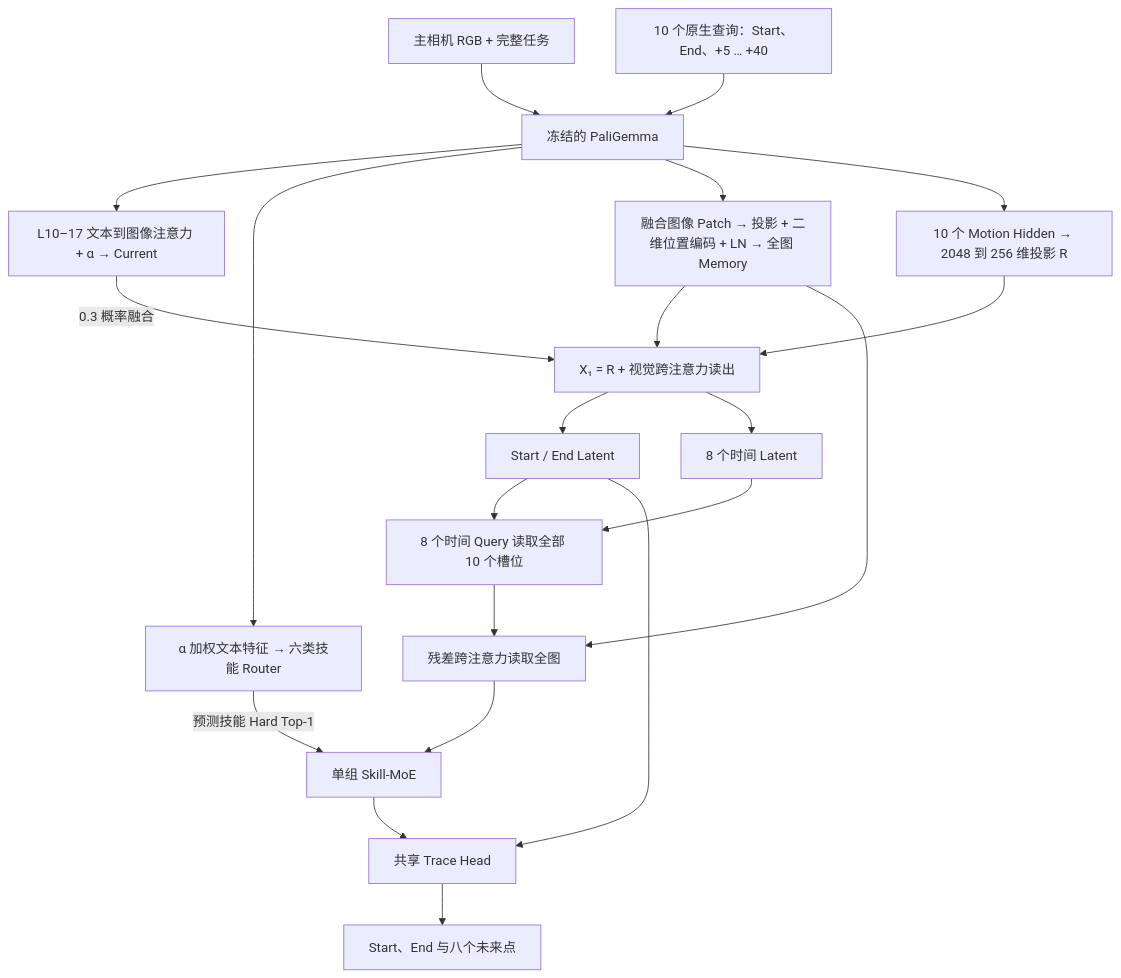
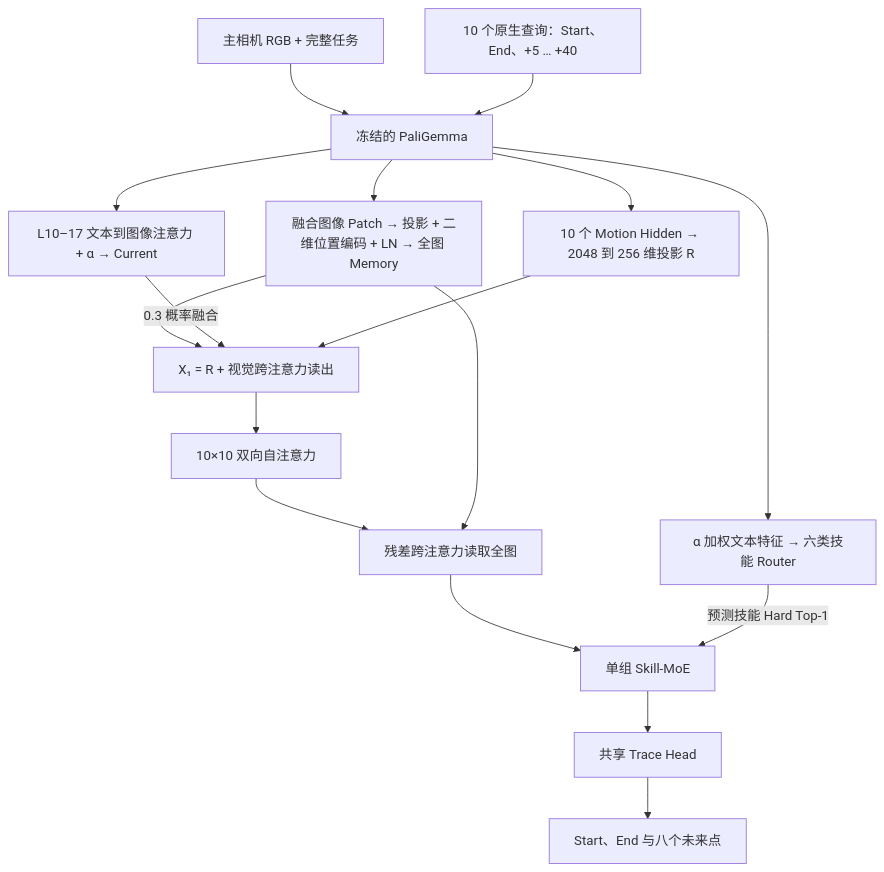
The diagram in docs/design.md (lyk-nju/ESkill-VLA), drawn with Mermaid before and after one commit. The commit also changed other lines of this file and 30 other files, not shown here.

````diff
--- a/docs/design.md
+++ b/docs/design.md
@@ -7,23 +9,19 @@
 ```mermaid
 flowchart TD
     I["主相机 RGB + 完整任务"] --> L["冻结的 PaliGemma"]
     Q["10 个原生查询：Start、End、+5 … +40"] --> L
     L --> C["L10–17 文本到图像注意力 + α → Current"]
     L --> K["α 加权文本特征 → 六类技能 Router"]
     L --> B["融合图像 Patch → 投影 + 二维位置编码 + LN → 全图 Memory"]
     L --> R["10 个 Motion Hidden → 2048 到 256 维投影 R"]
     B --> X["X₁ = R + 视觉跨注意力读出"]
     C -->|"0.3 概率融合"| X
     R --> X
-    X --> BE["Start / End Latent"]
-    X --> U["8 个时间 Latent"]
-    BE --> T["8 个时间 Query 读取全部 10 个槽位"]
-    U --> T
+    X --> T["10×10 双向自注意力"]
     T --> V["残差跨注意力读取全图"]
     B --> V
     V --> E["单组 Skill-MoE"]
     K -->|"预测技能 Hard Top-1"| E
     E --> H["共享 Trace Head"]
-    BE --> H
     H --> XY["Start、End 与八个未来点"]
 ```
````
